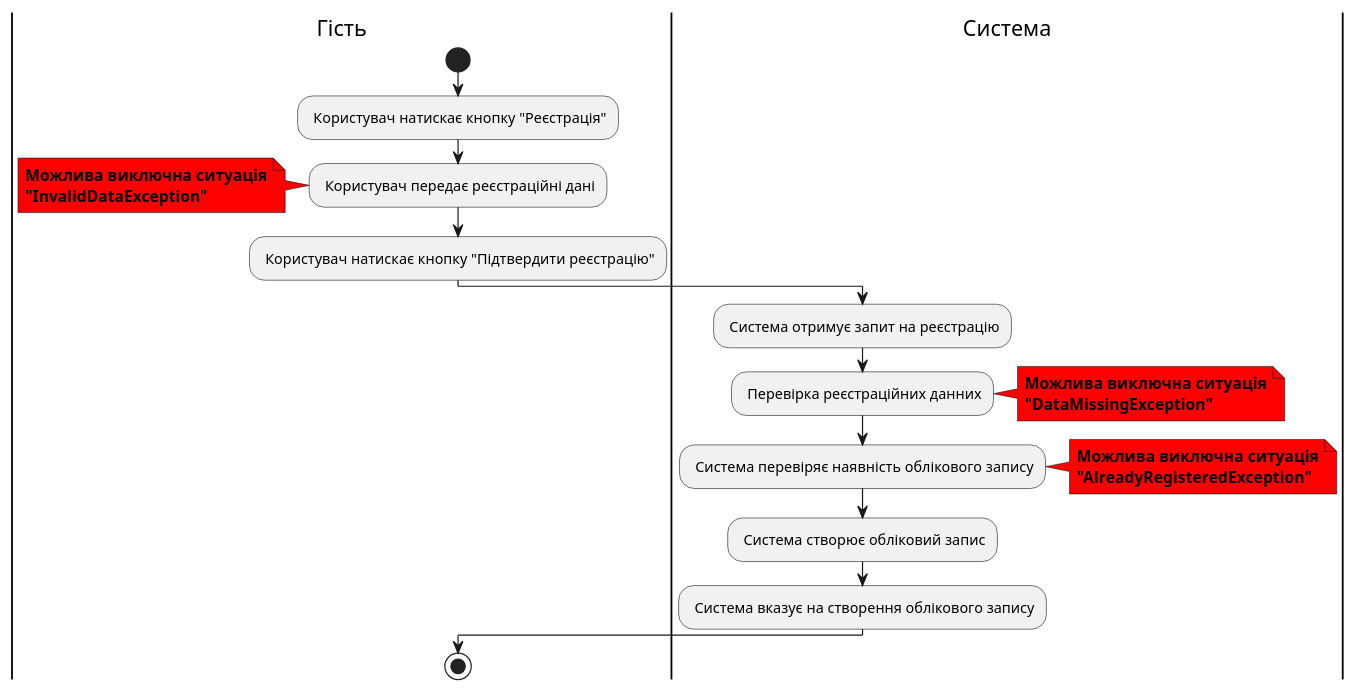
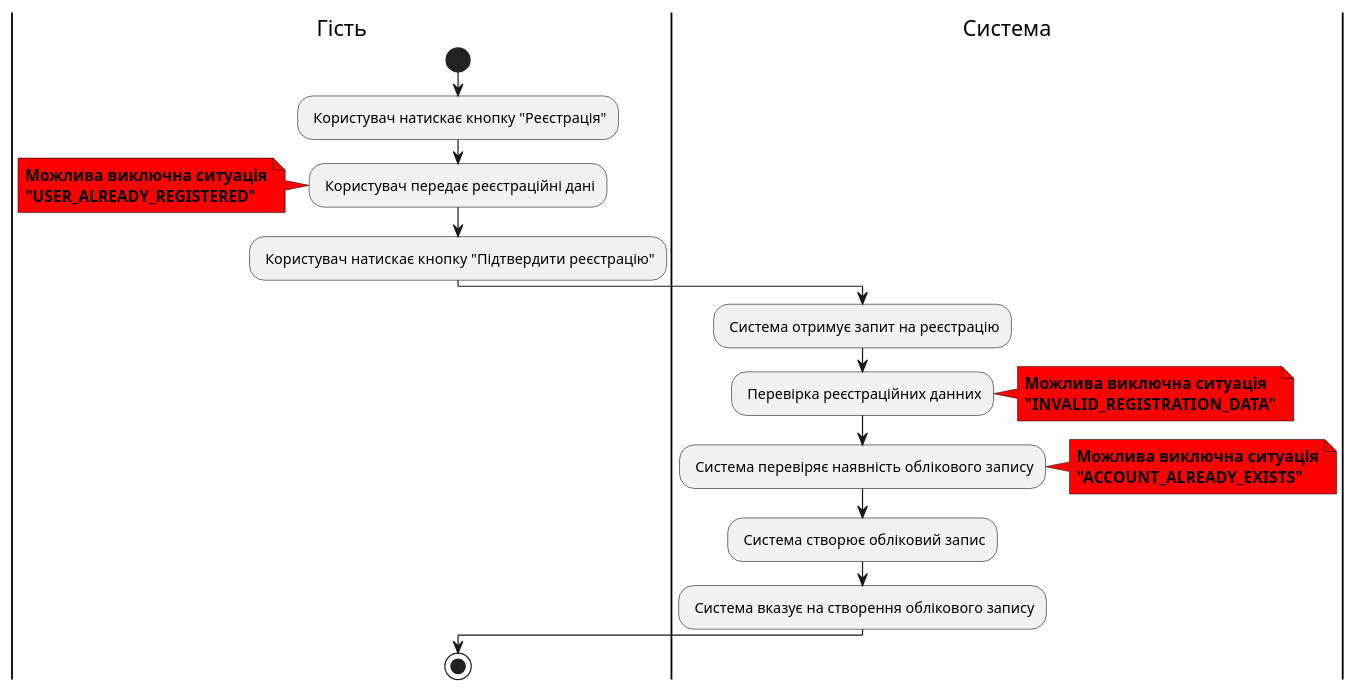
Before and after one commit to zhkcll/lab6: the fifth of 6 diagrams in docs/use_cases.md, drawn with PlantUML. The commit also changed other lines of this file, not shown here.

````diff
--- a/docs/use_cases.md
+++ b/docs/use_cases.md
@@ -142,35 +135,35 @@
 ```plantuml
 @startuml
 
 |Гість|
 start
 : Користувач натискає кнопку "Реєстрація";
 : Користувач передає реєстраційні дані;
 
 note left #red
 <b>Можлива виключна ситуація</b>
-<b>"InvalidDataException"</b>
+<b>"USER_ALREADY_REGISTERED"</b>
 end note
 
 : Користувач натискає кнопку "Підтвердити реєстрацію";
 
 |Система|
 : Система отримує запит на реєстрацію;
 : Перевірка реєстраційних данних;
 note right #ff0000
 <b>Можлива виключна ситуація</b>
-<b>"DataMissingException"</b>
+<b>"INVALID_REGISTRATION_DATA"</b>
 end note
 : Система перевіряє наявність облікового запису;
 note right #ff0000
 <b>Можлива виключна ситуація</b>
-<b>"AlreadyRegisteredException"</b>
+<b>"ACCOUNT_ALREADY_EXISTS"</b>
 end note
 : Система створює обліковий запис;
 : Система вказує на створення облікового запису;
 
 |Гість|
 stop
 
 @enduml
 ```
````
